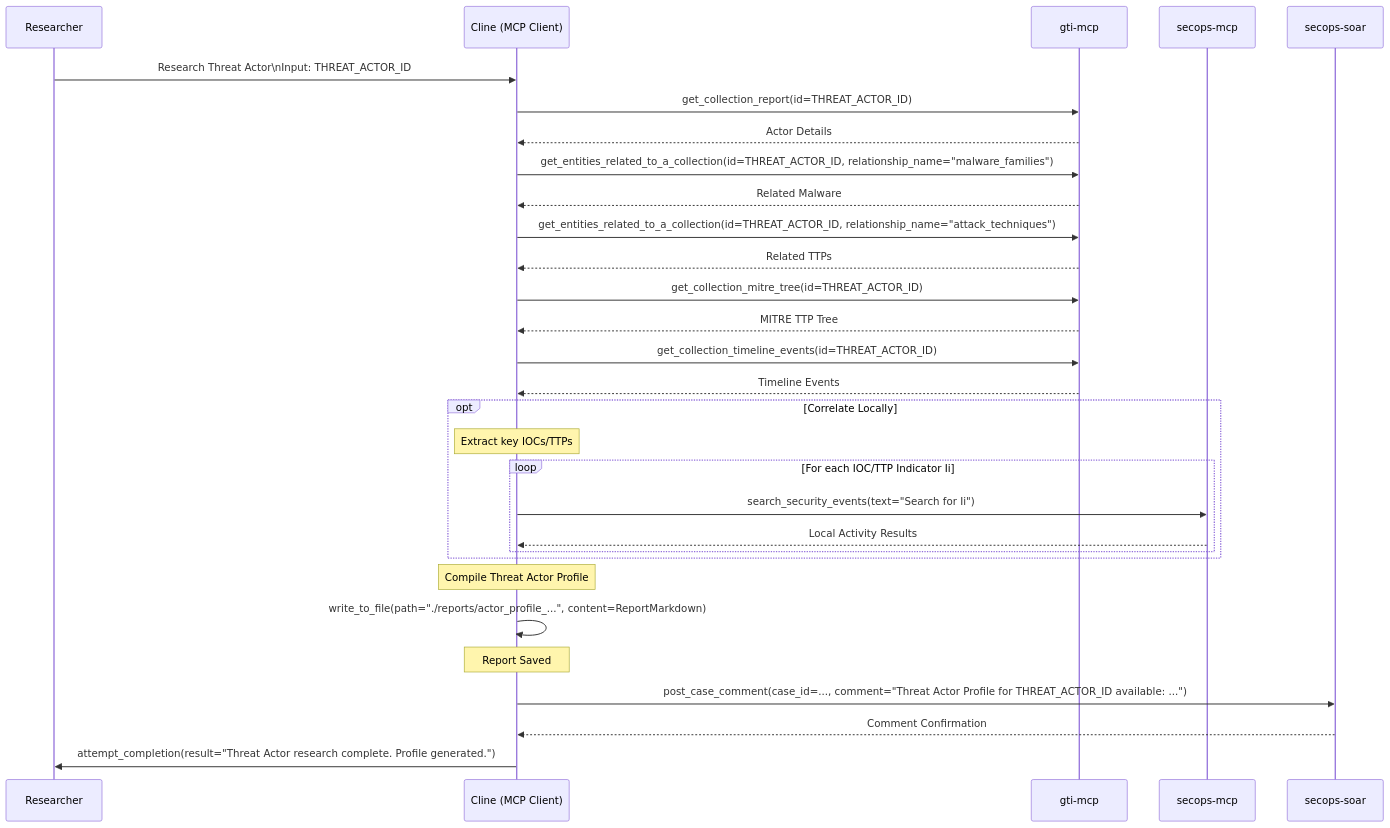
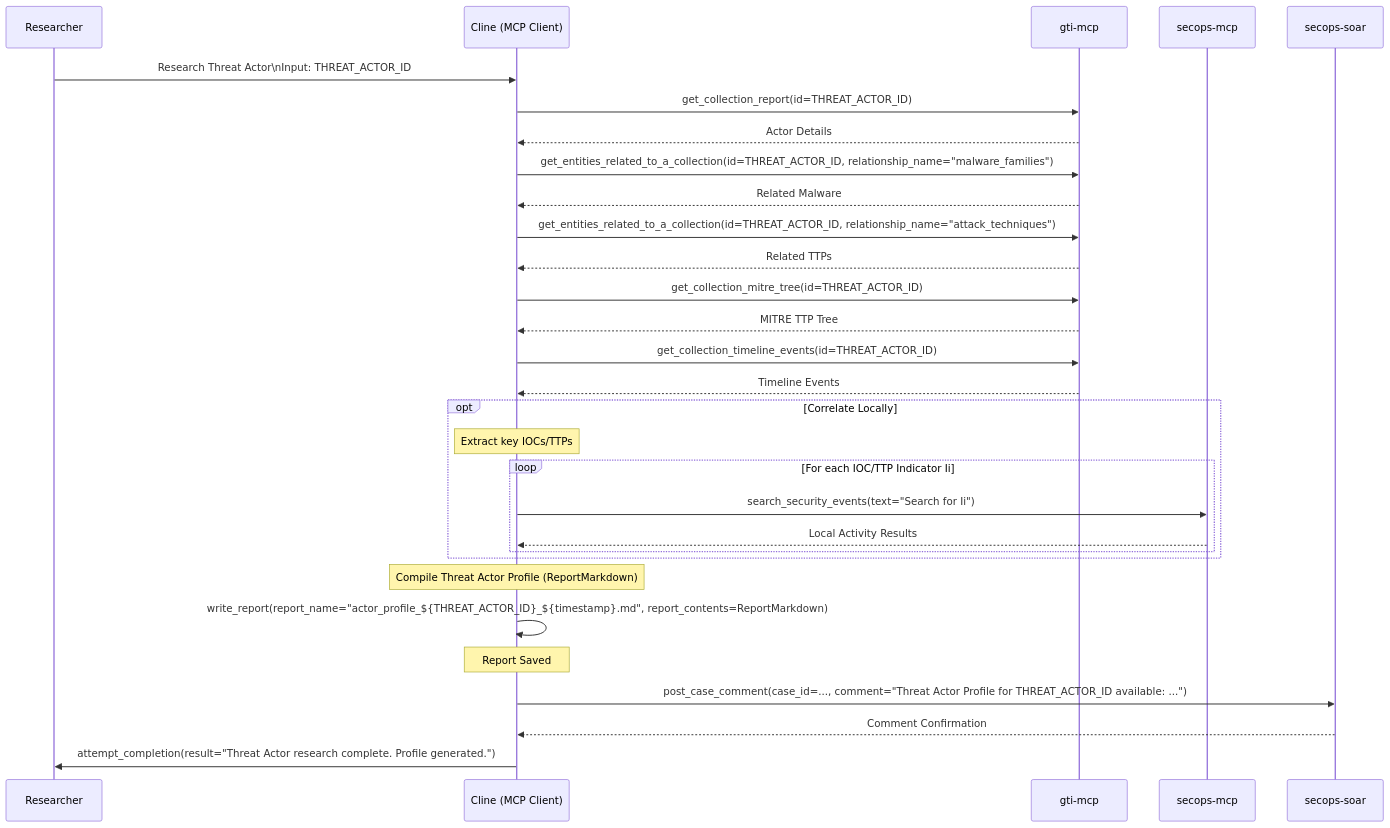
Before and after one commit to dandye/adk_runbooks: the diagram in rules-bank/run_books/guidelines/threat_intel_workflows.md, drawn with Mermaid. The commit also changed other lines of this file and 18 other files, not shown here.

Commit message:
write_to_file -> write_report

````diff
--- a/rules-bank/run_books/guidelines/threat_intel_workflows.md
+++ b/rules-bank/run_books/guidelines/threat_intel_workflows.md
@@ -38,50 +38,50 @@
 ```{mermaid}
 sequenceDiagram
     participant Researcher
     participant Cline as Cline (MCP Client)
     participant GTI as gti-mcp
     participant SIEM as secops-mcp
     participant SOAR as secops-soar
 
     Researcher->>Cline: Research Threat Actor\nInput: THREAT_ACTOR_ID
 
     %% Step 2: Initial GTI Lookup
     Cline->>GTI: get_collection_report(id=THREAT_ACTOR_ID)
     GTI-->>Cline: Actor Details
 
     %% Step 3: Explore Relationships
     Cline->>GTI: get_entities_related_to_a_collection(id=THREAT_ACTOR_ID, relationship_name="malware_families")
     GTI-->>Cline: Related Malware
     Cline->>GTI: get_entities_related_to_a_collection(id=THREAT_ACTOR_ID, relationship_name="attack_techniques")
     GTI-->>Cline: Related TTPs
     %% Add other relationship calls
 
     %% Step 4: Analyze TTPs
     Cline->>GTI: get_collection_mitre_tree(id=THREAT_ACTOR_ID)
     GTI-->>Cline: MITRE TTP Tree
 
     %% Step 5: Review Timelines
     Cline->>GTI: get_collection_timeline_events(id=THREAT_ACTOR_ID)
     GTI-->>Cline: Timeline Events
 
     %% Step 6: Correlate Locally (Optional)
     opt Correlate Locally
         Note over Cline: Extract key IOCs/TTPs
         loop For each IOC/TTP Indicator Ii
             Cline->>SIEM: search_security_events(text="Search for Ii")
             SIEM-->>Cline: Local Activity Results
         end
     end
 
     %% Step 7: Synthesize & Report
-    Note over Cline: Compile Threat Actor Profile
-    Cline->>Cline: write_to_file(path="./reports/actor_profile_...", content=ReportMarkdown)
+    Note over Cline: Compile Threat Actor Profile (ReportMarkdown)
+    Cline->>Cline: write_report(report_name="actor_profile_${THREAT_ACTOR_ID}_${timestamp}.md", report_contents=ReportMarkdown)
     Note over Cline: Report Saved
 
     %% Step 8: Disseminate
     Cline->>SOAR: post_case_comment(case_id=..., comment="Threat Actor Profile for THREAT_ACTOR_ID available: ...")
     SOAR-->>Cline: Comment Confirmation
 
     Cline->>Researcher: attempt_completion(result="Threat Actor research complete. Profile generated.")
 
 ```
````
